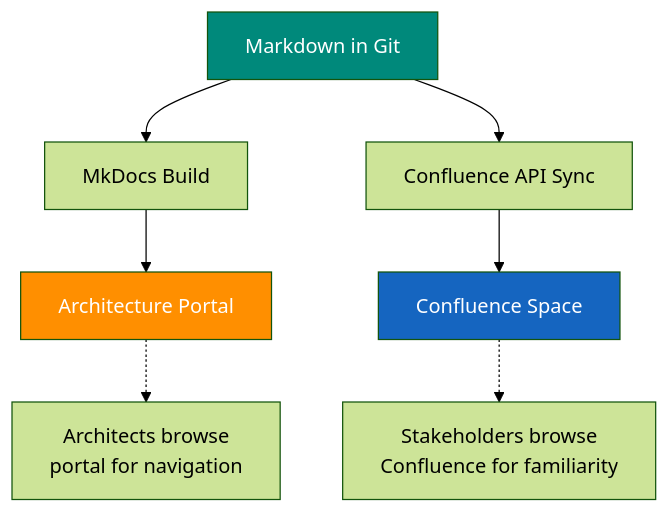
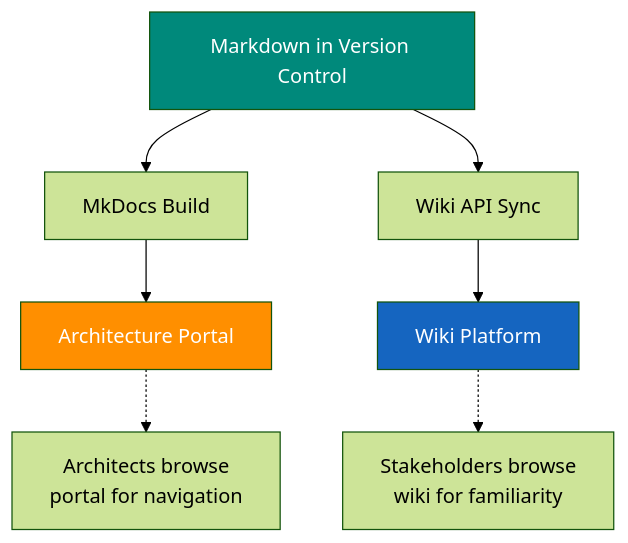
Before and after one commit to christopherblaisdell/continuous-architecture-platform-poc: the second of 2 diagrams in presentation/docs/publishing-pipeline.md, drawn with Mermaid (forest theme). The commit also changed other lines of this file and 18 other files, not shown here.

````diff
--- a/presentation/docs/publishing-pipeline.md
+++ b/presentation/docs/publishing-pipeline.md
@@ -105,14 +105,14 @@
 ``` mermaid
 flowchart TD
-    A[Markdown in Git] --> B[MkDocs Build]
-    A --> C[Confluence API Sync]
+    A[Markdown in Version Control] --> B[MkDocs Build]
+    A --> C[Wiki API Sync]
     B --> D[Architecture Portal]
-    C --> E[Confluence Space]
+    C --> E[Wiki Platform]
 
     D -.-> F[Architects browse\nportal for navigation]
-    E -.-> G[Stakeholders browse\nConfluence for familiarity]
+    E -.-> G[Stakeholders browse\nwiki for familiarity]
 
     style A fill:#00897b,color:#fff
     style D fill:#ff8f00,color:#fff
     style E fill:#1565c0,color:#fff
 ```
````
